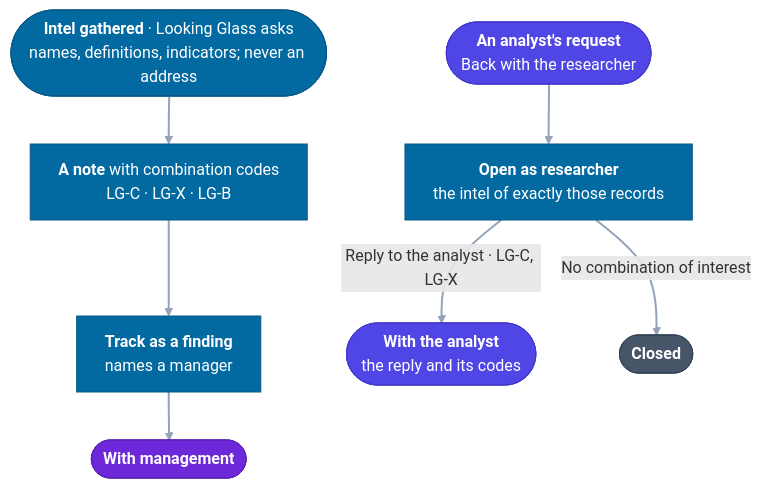
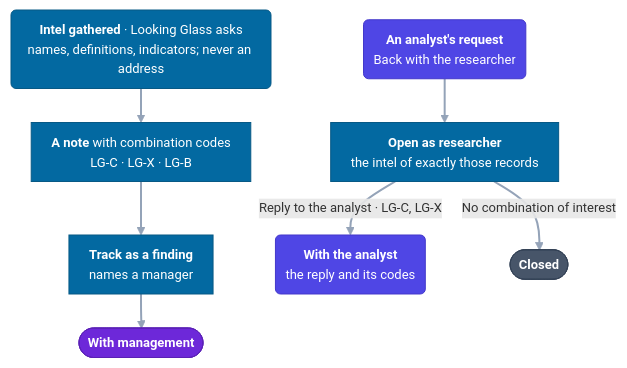
The fourth of 7 diagrams in docs/USE_CASES.md (anonghosty/looking-glass), drawn with Mermaid before and after one commit. The commit also changed other lines of this file and 3 other files, not shown here.

First line of the commit message:
Docs: compact diagrams, and the people as the roles are

````diff
--- a/docs/USE_CASES.md
+++ b/docs/USE_CASES.md
@@ -176,23 +179,23 @@
 ```mermaid
-%%{init: {"flowchart": {"curve": "basis", "nodeSpacing": 38, "rankSpacing": 48, "padding": 14, "wrappingWidth": 280}}}%%
+%%{init: {"themeVariables": {"fontSize": "13px"}, "flowchart": {"curve": "basis", "nodeSpacing": 24, "rankSpacing": 34, "padding": 10, "wrappingWidth": 240}}}%%
 flowchart TD
-    S(["<b>Intel gathered</b> · Looking Glass asks<br/>names, definitions, indicators; never an address"]):::research
+    S("<b>Intel gathered</b> · Looking Glass asks<br/>names, definitions, indicators; never an address"):::research
     N["<b>A note</b> with combination codes<br/>LG-C · LG-X · LG-B"]:::research
     T["<b>Track as a finding</b><br/>names a manager"]:::research
     M(["<b>With management</b>"]):::mgmt
-    Q(["<b>An analyst's request</b><br/>Back with the researcher"]):::analyst
+    Q("<b>An analyst's request</b><br/>Back with the researcher"):::analyst
     O["<b>Open as researcher</b><br/>the intel of exactly those records"]:::research
-    A(["<b>With the analyst</b><br/>the reply and its codes"]):::analyst
+    A("<b>With the analyst</b><br/>the reply and its codes"):::analyst
     C(["<b>Closed</b>"]):::closed
     S --> N --> T --> M
     Q --> O
     O -- "Reply to the analyst · LG-C, LG-X" --> A
     O -- "No combination of interest" --> C
     classDef research fill:#0369a1,stroke:#075985,color:#fff
     classDef analyst fill:#4f46e5,stroke:#4338ca,color:#fff
     classDef mgmt fill:#6d28d9,stroke:#5b21b6,color:#fff
     classDef advisor fill:#be185d,stroke:#9d174d,color:#fff
     classDef closed fill:#475569,stroke:#334155,color:#fff
     classDef ext fill:#b45309,stroke:#92400e,color:#fff
     linkStyle default stroke:#94a3b8,stroke-width:2px
 ```
````
